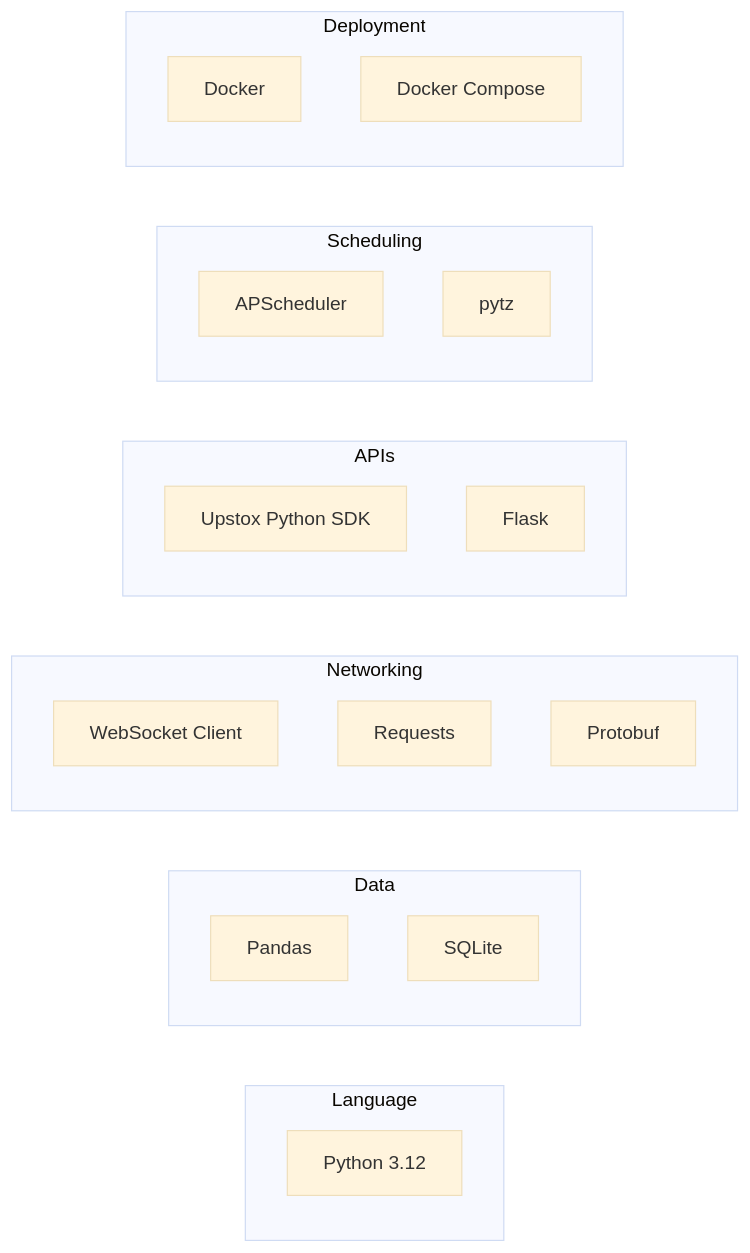
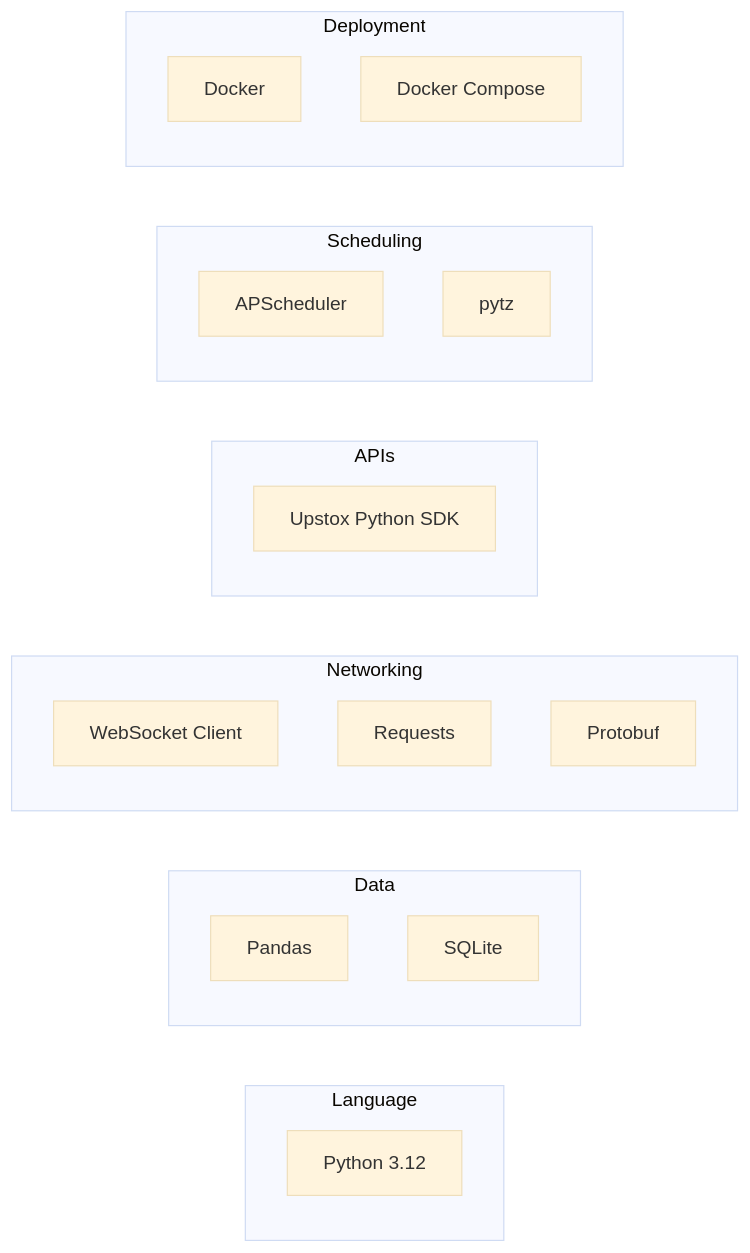
The fourth of 5 diagrams in docs/System-Documentation.md (Sidd-hass/future-price-prediction), drawn with Mermaid (base theme) before and after one commit. The commit also changed other lines of this file and 16 other files, not shown here.

Commit message:
Integrate Upstox analytics token, remove auth server login flow, fix Telegram settings, and dockerize

````diff
--- a/docs/System-Documentation.md
+++ b/docs/System-Documentation.md
@@ -228,32 +221,31 @@
 ```mermaid
 graph LR
     subgraph Language
         PY["Python 3.12"]
     end
     
     subgraph Data
         PD["Pandas"]
         SQ["SQLite"]
     end
     
     subgraph Networking
         WS["WebSocket Client"]
         RQ["Requests"]
         PB["Protobuf"]
     end
     
     subgraph APIs
         UP["Upstox Python SDK"]
-        FL["Flask"]
     end
     
     subgraph Scheduling
         AP["APScheduler"]
         TZ["pytz"]
     end
     
     subgraph Deployment
         DK["Docker"]
         DC["Docker Compose"]
     end
 ```
````
